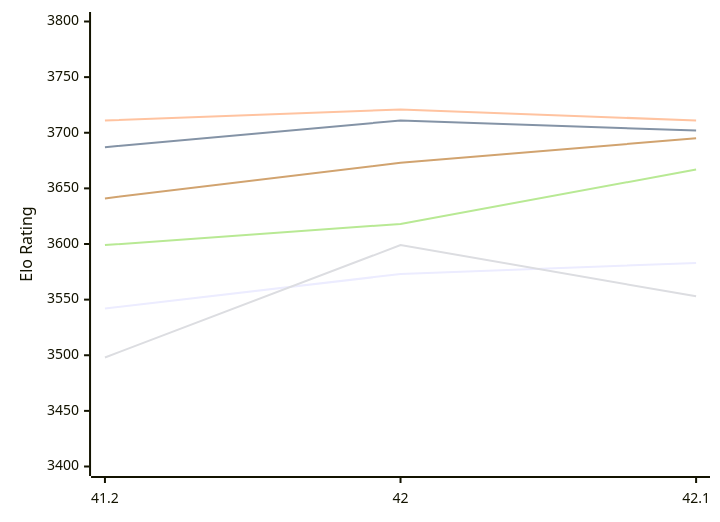
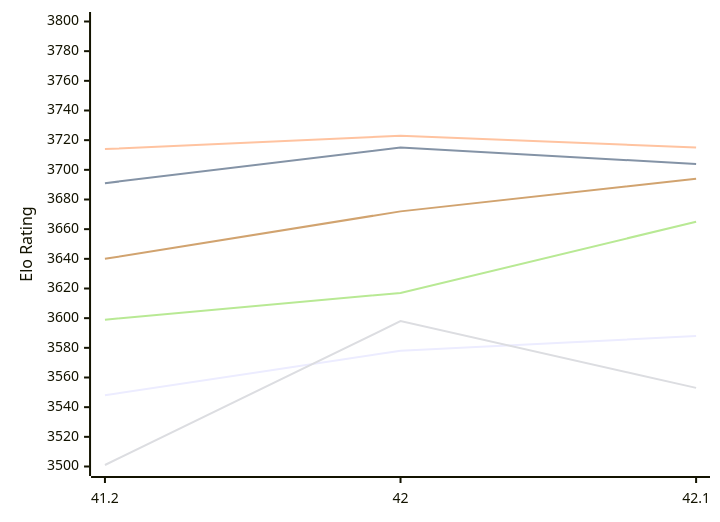
One commit to computer-chess-index/cci changed the first of 2 diagrams in engines/Shashchess.md. Above: the diagram before and after it, drawn with Mermaid. The commit also changed other lines of this file, not shown here.

Commit message:
Update CCI Ratings (ELO VLTC) - 2026-11-20

````diff
--- a/engines/Shashchess.md
+++ b/engines/Shashchess.md
@@ -52,12 +52,12 @@
 ```mermaid
 %%{init: {"theme":"base","themeVariables":{"seriesColors:['#a3a3a3','#222221','#faa371']}}}%%
 xychart-beta
   x-axis ["41.2", "42", "42.1"]
-  y-axis "Elo Rating" 3400 --> 3800
-  line "E1: STC (8.0+0.08s)" [3542, 3573, 3583]
-  line "E1: LTC (60.0+0.60s)" [3687, 3711, 3702]
-  line "E1: VLTC (2m24s+1.12s)" [3711, 3721, 3711]
-  line "P1: STC (8.0+0.08s)" [3498, 3599, 3553]
-  line "P1: LTC (60.0+0.60s)" [3599, 3618, 3667]
-  line "P1: VLTC (2m24s+1.12s)" [3641, 3673, 3695]
+  y-axis "Elo Rating" 3500 --> 3800
+  line "E1: STC (8.0+0.08s)" [3548, 3578, 3588]
+  line "E1: LTC (60.0+0.60s)" [3691, 3715, 3704]
+  line "E1: VLTC (2m24s+1.12s)" [3714, 3723, 3715]
+  line "P1: STC (8.0+0.08s)" [3501, 3598, 3553]
+  line "P1: LTC (60.0+0.60s)" [3599, 3617, 3665]
+  line "P1: VLTC (2m24s+1.12s)" [3640, 3672, 3694]
 ```
````
